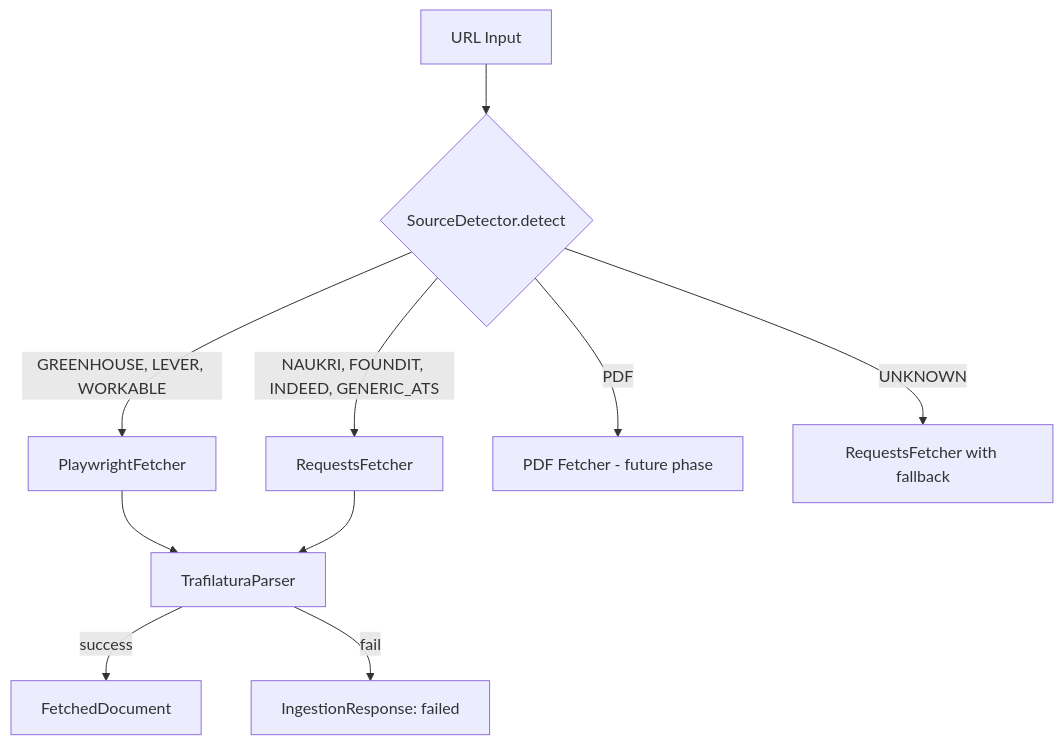
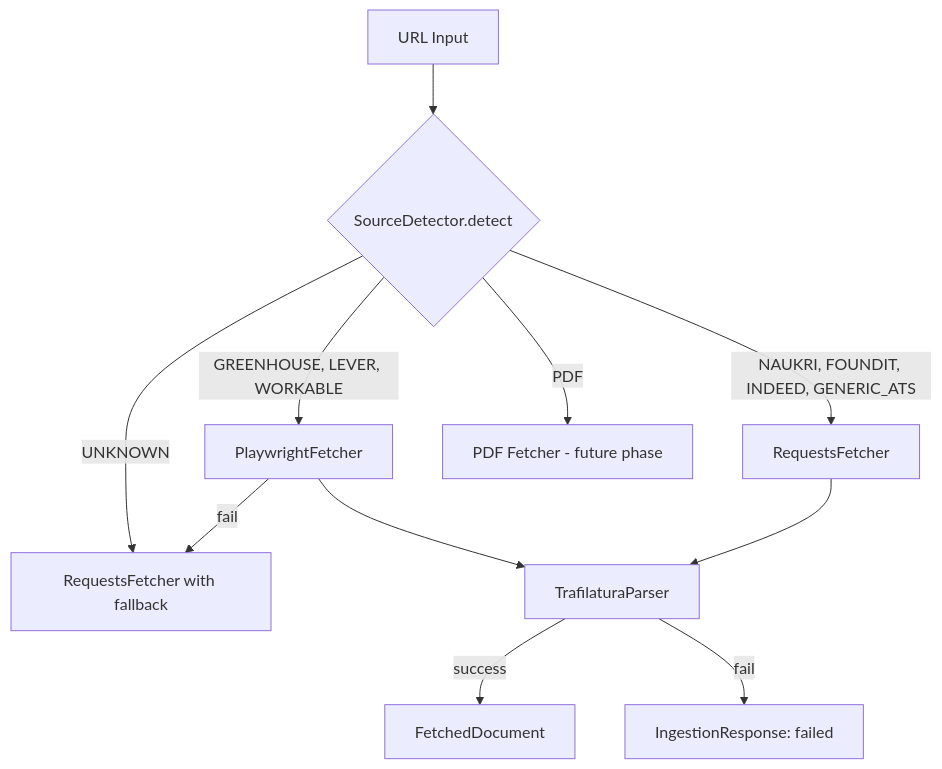
One commit to sbkxd/Job-Desription-Parser changed the fourth of 5 diagrams in architecture.md. Above: the diagram before and after it, drawn with Mermaid. The commit also changed other lines of this file and 50 other files, not shown here.

````diff
--- a/architecture.md
+++ b/architecture.md
@@ -187,12 +211,13 @@
 ```mermaid
 flowchart TD
     A[URL Input] --> B{SourceDetector.detect}
     B -->|GREENHOUSE, LEVER, WORKABLE| C[PlaywrightFetcher]
     B -->|NAUKRI, FOUNDIT, INDEED, GENERIC_ATS| D[RequestsFetcher]
     B -->|PDF| E[PDF Fetcher - future phase]
     B -->|UNKNOWN| F[RequestsFetcher with fallback]
     C --> G[TrafilaturaParser]
     D --> G
     G -->|success| H[FetchedDocument]
     G -->|fail| I[IngestionResponse: failed]
+    C -->|fail| F
 ```
````
